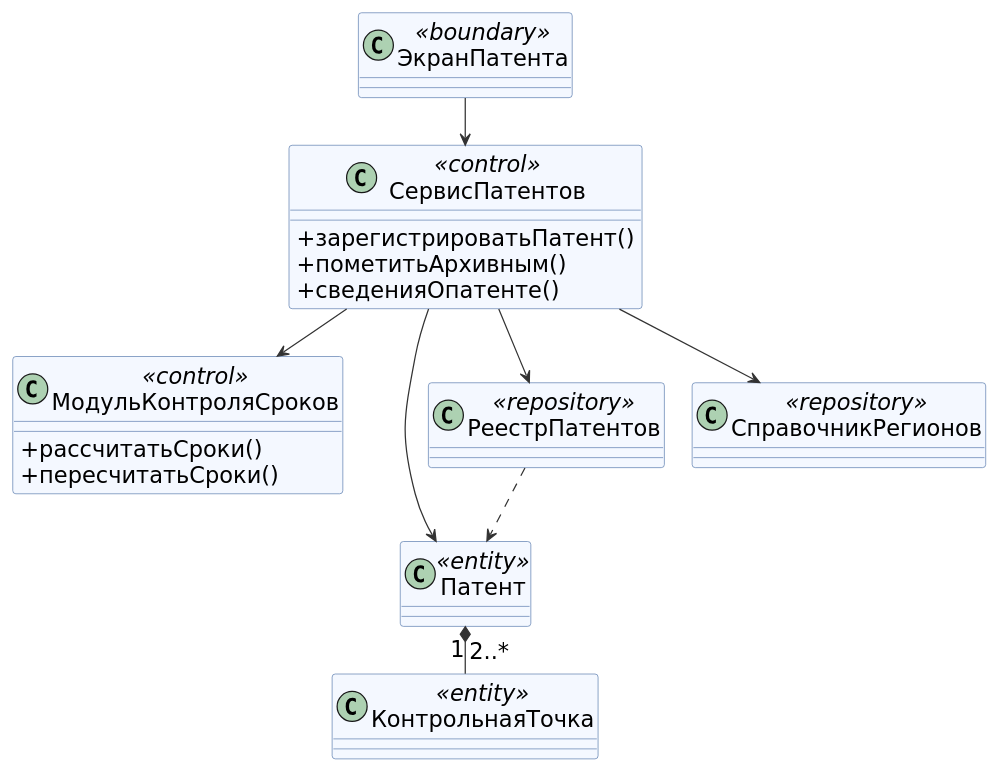
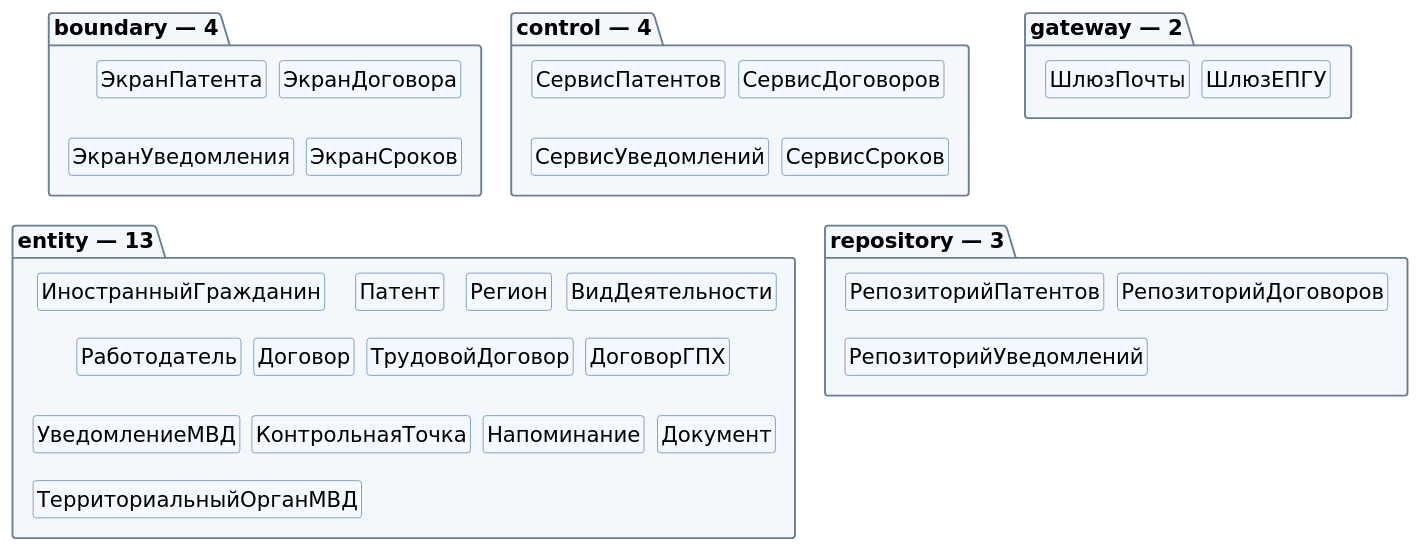
The diagram in tsu/5sem/Функциональное моделирование систем/_архив/книга/src/l5-classes.puml (mflkee/study), drawn with PlantUML before and after one commit. The commit also changed 2622 other files, not shown here.

Commit message:
ФМС: отчёт/слайды/книжка/речь/шпаргалка под ядро темы 7, 23 диаграммы, скрипты сборки

```diff
--- a/tsu/5sem/Функциональное моделирование систем/_архив/книга/src/l5-classes.puml
+++ b/tsu/5sem/Функциональное моделирование систем/_архив/книга/src/l5-classes.puml
@@ -1,37 +1,63 @@
 @startuml
-' Фрагмент диаграммы классов проектирования: операция 1 (лаб. 5)
+' Классы проектирования: обзор слоёв BCE (лаб. 5)
+' 26 классов: 4 boundary + 4 control + 13 entity + 3 repository + 2 gateway (DESIGN.md §6).
 skinparam defaultFontName "DejaVu Sans"
 skinparam shadowing false
-skinparam defaultFontSize 18
-skinparam nodesep 22
-skinparam ranksep 38
+skinparam defaultFontSize 17
+skinparam nodesep 10
+skinparam ranksep 22
 skinparam ArrowColor #333333
+skinparam package {
+  BackgroundColor #F4F7FB
+  BorderColor #6B7C93
+  FontStyle bold
+}
 skinparam class {
   BackgroundColor #F4F8FF
   BorderColor #4A6FA5
 }
+hide empty members
+hide circle
 skinparam classAttributeIconSize 0
 
-class "ЭкранПатента" as UI <<boundary>>
-class "СервисПатентов" as SVC <<control>> {
-  + зарегистрироватьПатент()
-  + пометитьАрхивным()
-  + сведенияОпатенте()
+package "boundary — 4" as P_UI {
+  class "ЭкранПатента" as B1
+  class "ЭкранДоговора" as B2
+  class "ЭкранУведомления" as B3
+  class "ЭкранСроков" as B4
 }
-class "МодульКонтроляСроков" as DEAD <<control>> {
-  + рассчитатьСроки()
-  + пересчитатьСроки()
+
+package "control — 4" as P_CTL {
+  class "СервисПатентов" as C1
+  class "СервисДоговоров" as C2
+  class "СервисУведомлений" as C3
+  class "СервисСроков" as C4
 }
-class "Патент" as PAT <<entity>>
-class "КонтрольнаяТочка" as KT <<entity>>
-class "РеестрПатентов" as REPO <<repository>>
-class "СправочникРегионов" as REG <<repository>>
 
-UI --> SVC
-SVC --> PAT
-SVC --> DEAD
-SVC --> REG
-SVC --> REPO
-PAT "1" *-- "2..*" KT
-REPO ..> PAT
+package "entity — 13" as P_ENT {
+  class "ИностранныйГражданин" as E1
+  class "Патент" as E2
+  class "Регион" as E3
+  class "ВидДеятельности" as E4
+  class "Работодатель" as E5
+  class "Договор" as E6
+  class "ТрудовойДоговор" as E7
+  class "ДоговорГПХ" as E8
+  class "УведомлениеМВД" as E9
+  class "КонтрольнаяТочка" as E10
+  class "Напоминание" as E11
+  class "Документ" as E12
+  class "ТерриториальныйОрганМВД" as E13
+}
+
+package "repository — 3" as P_REP {
+  class "РепозиторийПатентов" as R1
+  class "РепозиторийДоговоров" as R2
+  class "РепозиторийУведомлений" as R3
+}
+
+package "gateway — 2" as P_GW {
+  class "ШлюзЕПГУ" as G1
+  class "ШлюзПочты" as G2
+}
 @enduml
```
